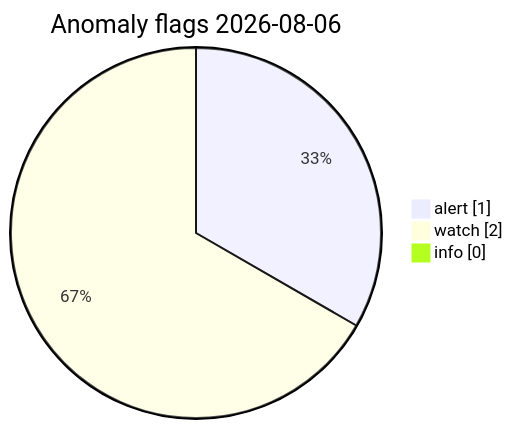
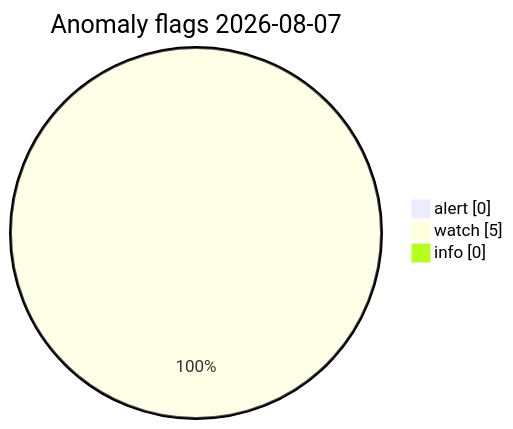
The diagram in visuals/latest/CHARTS.md (Midwest-Stratospheric/Unified-Open-Global-Weather), drawn with Mermaid before and after one commit. The commit also changed other lines of this file and 13 other files, not shown here.

Commit message:
data(visuals): automated charts 2026-08-07T05:32Z

````diff
--- a/visuals/latest/CHARTS.md
+++ b/visuals/latest/CHARTS.md
@@ -73,7 +73,7 @@
 ```mermaid
 pie showData
-  title Anomaly flags 2026-08-06
-  "alert" : 1
-  "watch" : 2
+  title Anomaly flags 2026-08-07
+  "alert" : 0
+  "watch" : 5
   "info" : 0
 ```
````
